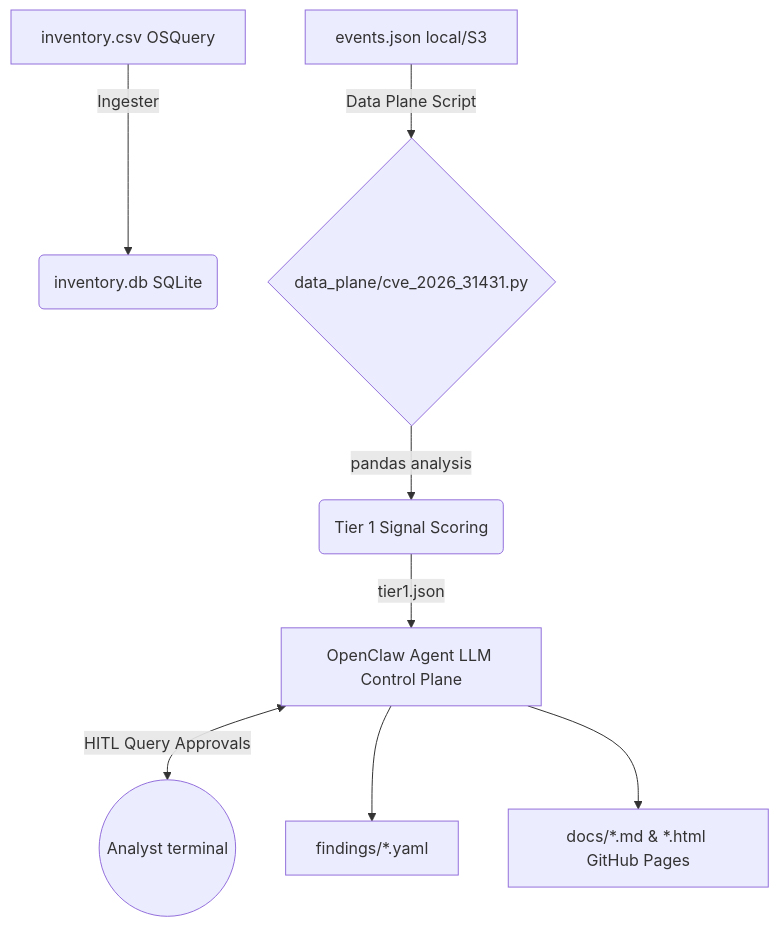
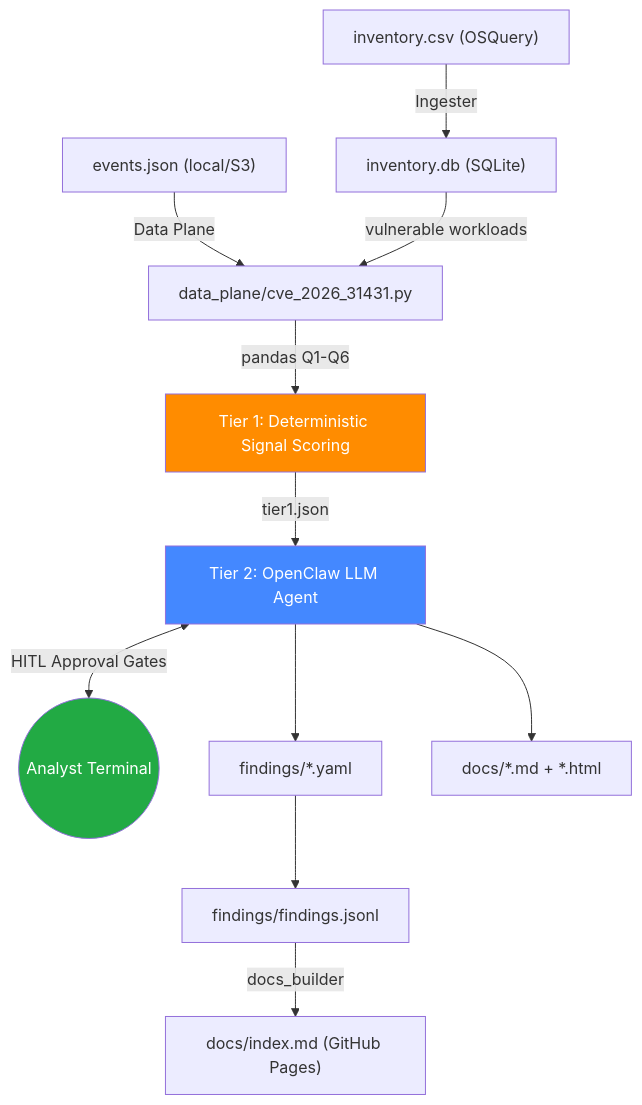
Before and after one commit to tjs24/ThIOClaw: the diagram in README.md, drawn with Mermaid. The commit also changed other lines of this file, not shown here.

Commit message:
docs: rewrite README with engineering philosophy, enriched architecture diagram, and HITL documentation

````diff
--- a/README.md
+++ b/README.md
@@ -11,10 +29,17 @@
 ```mermaid
 graph TD
-    A[inventory.csv OSQuery] -->|Ingester| B(inventory.db SQLite)
-    C[events.json local/S3] -->|Data Plane Script| D{data_plane/cve_2026_31431.py}
-    D -->|pandas analysis| E(Tier 1 Signal Scoring)
-    E -->|tier1.json| F[OpenClaw Agent LLM Control Plane]
-    F <-->|HITL Query Approvals| G((Analyst terminal))
-    F --> H[findings/*.yaml]
-    F --> I[docs/*.md & *.html GitHub Pages]
+    A["inventory.csv (OSQuery)"] -->|Ingester| B["inventory.db (SQLite)"]
+    C["events.json (local/S3)"] -->|Data Plane| D["data_plane/cve_2026_31431.py"]
+    B -->|vulnerable workloads| D
+    D -->|"pandas Q1-Q6"| E["Tier 1: Deterministic Signal Scoring"]
+    E -->|tier1.json| F["Tier 2: OpenClaw LLM Agent"]
+    F <-->|"HITL Approval Gates"| G(("Analyst Terminal"))
+    F --> H["findings/*.yaml"]
+    F --> I["docs/*.md + *.html"]
+    H --> J["findings/findings.jsonl"]
+    J -->|docs_builder| K["docs/index.md (GitHub Pages)"]
+
+    style E fill:#ff8c00,color:#fff
+    style F fill:#4488ff,color:#fff
+    style G fill:#22aa44,color:#fff
 ```
````
